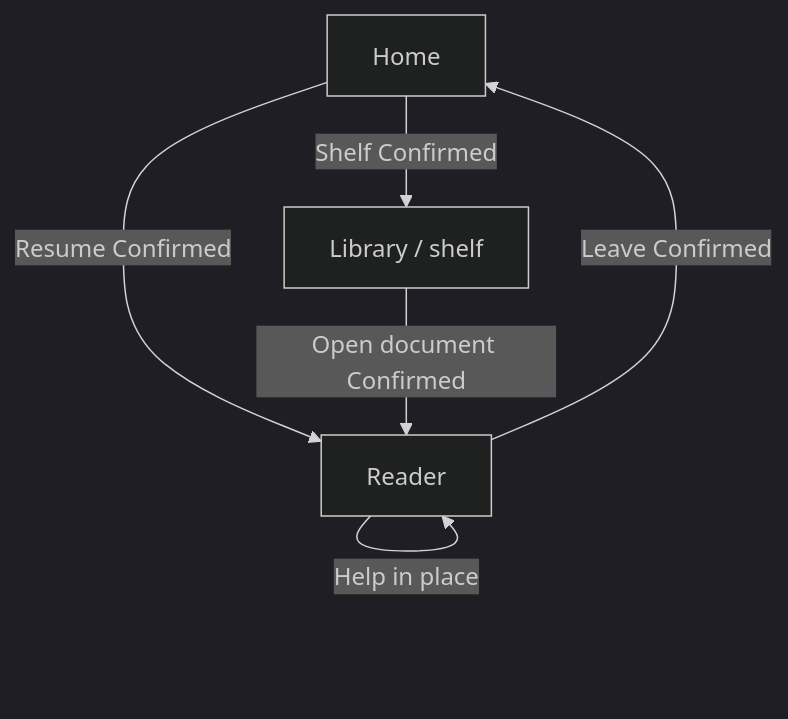
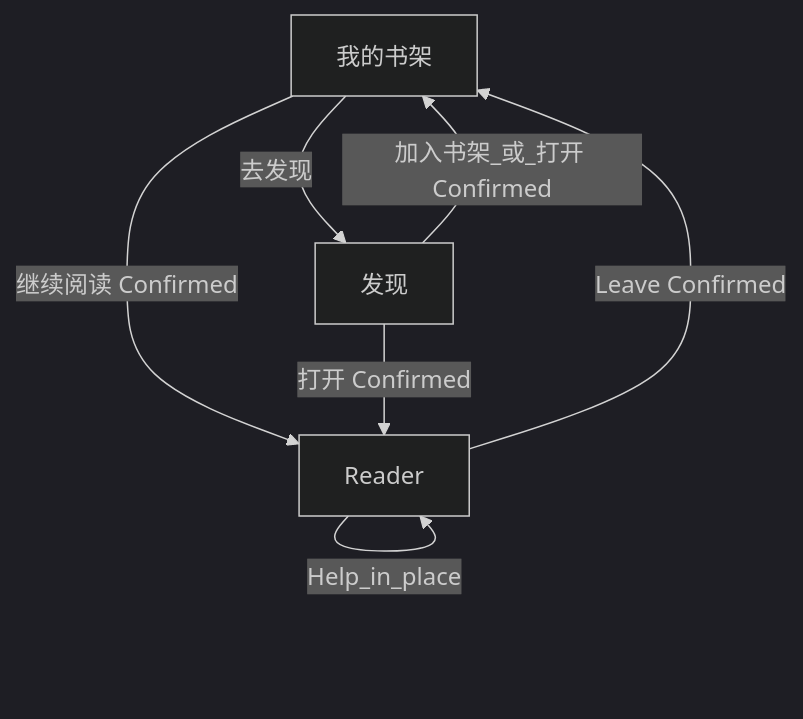
One commit to zguiyang/Elynd changed the third of 3 diagrams in docs/product/prototype-flows.md. Above: the diagram before and after it, drawn with Mermaid (dark theme). The commit also changed other lines of this file and 6 other files, not shown here.

````diff
--- a/docs/product/prototype-flows.md
+++ b/docs/product/prototype-flows.md
@@ -100,8 +101,9 @@
 ```mermaid
 flowchart TD
-  H[Home] -->|Resume Confirmed| R[Reader]
-  H -->|Shelf Confirmed| Lib[Library / shelf]
-  Lib -->|Open document Confirmed| R
-  R -->|Help in place| R
-  R -->|Leave Confirmed| H
+  Shelf[我的书架] -->|继续阅读 Confirmed| R[Reader]
+  Shelf -->|去发现| Discover[发现]
+  Discover -->|加入书架_或_打开 Confirmed| Shelf
+  Discover -->|打开 Confirmed| R
+  R -->|Help_in_place| R
+  R -->|Leave Confirmed| Shelf
 ```
````
